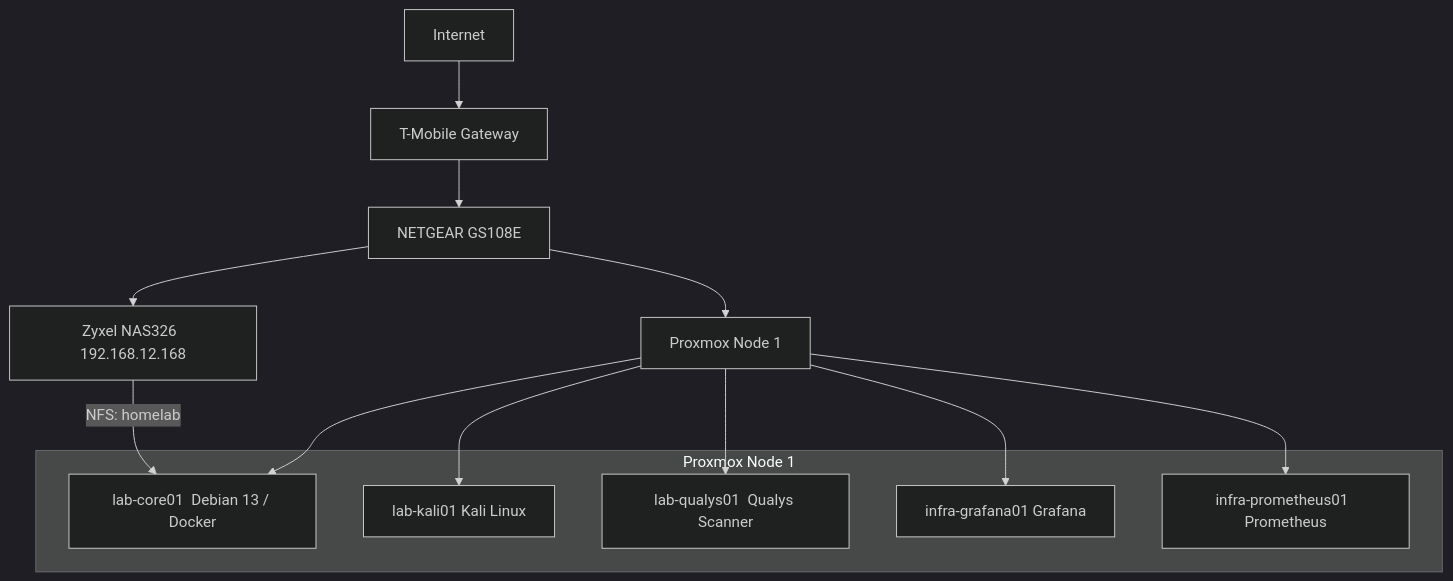
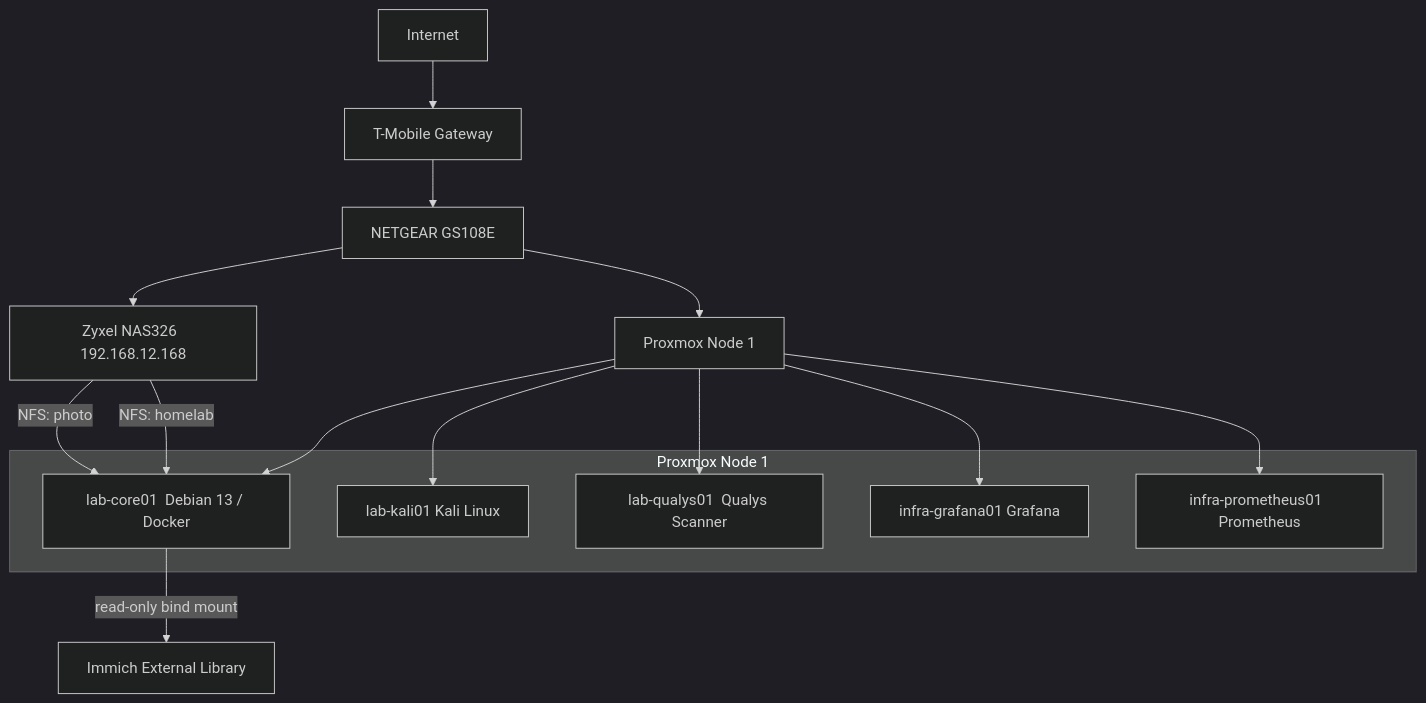
Before and after one commit to Tearstone/tearstone-homelab: the first of 3 diagrams in docs/architecture.md, drawn with Mermaid (dark theme). The commit also changed other lines of this file, not shown here.

Commit message:
Update architecture for Immich and photo storage

````diff
--- a/docs/architecture.md
+++ b/docs/architecture.md
@@ -5,24 +5,26 @@
 ```mermaid
 graph TD
     Internet --> Router["T-Mobile Gateway"]
     Router --> Switch["NETGEAR GS108E"]
 
     Switch --> Proxmox["Proxmox Node 1"]
     Switch --> NAS["Zyxel NAS326  192.168.12.168"]
 
     subgraph "Proxmox Node 1"
         Core["lab-core01  Debian 13 / Docker"]
         Kali["lab-kali01  Kali Linux"]
         Qualys["lab-qualys01  Qualys Scanner"]
         Grafana["infra-grafana01  Grafana"]
         Prometheus["infra-prometheus01  Prometheus"]
     end
 
     Proxmox --> Core
     Proxmox --> Kali
     Proxmox --> Qualys
     Proxmox --> Grafana
     Proxmox --> Prometheus
 
     NAS -->|"NFS: homelab"| Core
+    NAS -->|"NFS: photo"| Core
+    Core -->|"read-only bind mount"| Immich["Immich External Library"]
 ```
````
